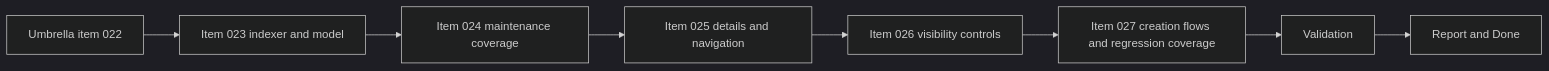
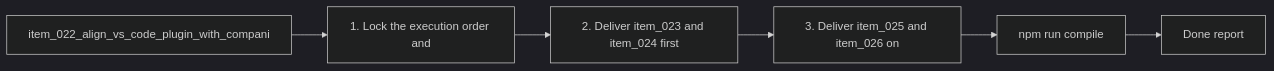
One commit to AlexAgo83/logics-manager changed the diagram in logics/tasks/task_021_align_vs_code_plugin_with_companion_docs_workflow.md. Above: the diagram before and after it, drawn with Mermaid (dark theme). The commit also changed other lines of this file and 481 other files, not shown here.

````diff
--- a/logics/tasks/task_021_align_vs_code_plugin_with_companion_docs_workflow.md
+++ b/logics/tasks/task_021_align_vs_code_plugin_with_companion_docs_workflow.md
@@ -33,11 +34,10 @@
 ```mermaid
+%% logics-kind: task
 %% logics-signature: task|align-vs-code-plugin-with-companion-docs|item-022-align-vs-code-plugin-with-compa|1-lock-the-execution-order-and|npm-run-compile
 flowchart LR
-    Umbrella[Umbrella item 022] --> Step1[Item 023 indexer and model]
-    Step1 --> Step2[Item 024 maintenance coverage]
-    Step2 --> Step3[Item 025 details and navigation]
-    Step3 --> Step4[Item 026 visibility controls]
-    Step4 --> Step5[Item 027 creation flows and regression coverage]
-    Step5 --> Validation[Validation]
-    Validation --> Report[Report and Done]
+    Backlog[item_022_align_vs_code_plugin_with_compani] --> Step1[1. Lock the execution order and]
+    Step1 --> Step2[2. Deliver item_023 and item_024 first]
+    Step2 --> Step3[3. Deliver item_025 and item_026 on]
+    Step3 --> Validation[npm run compile]
+    Validation --> Report[Done report]
 ```
````
